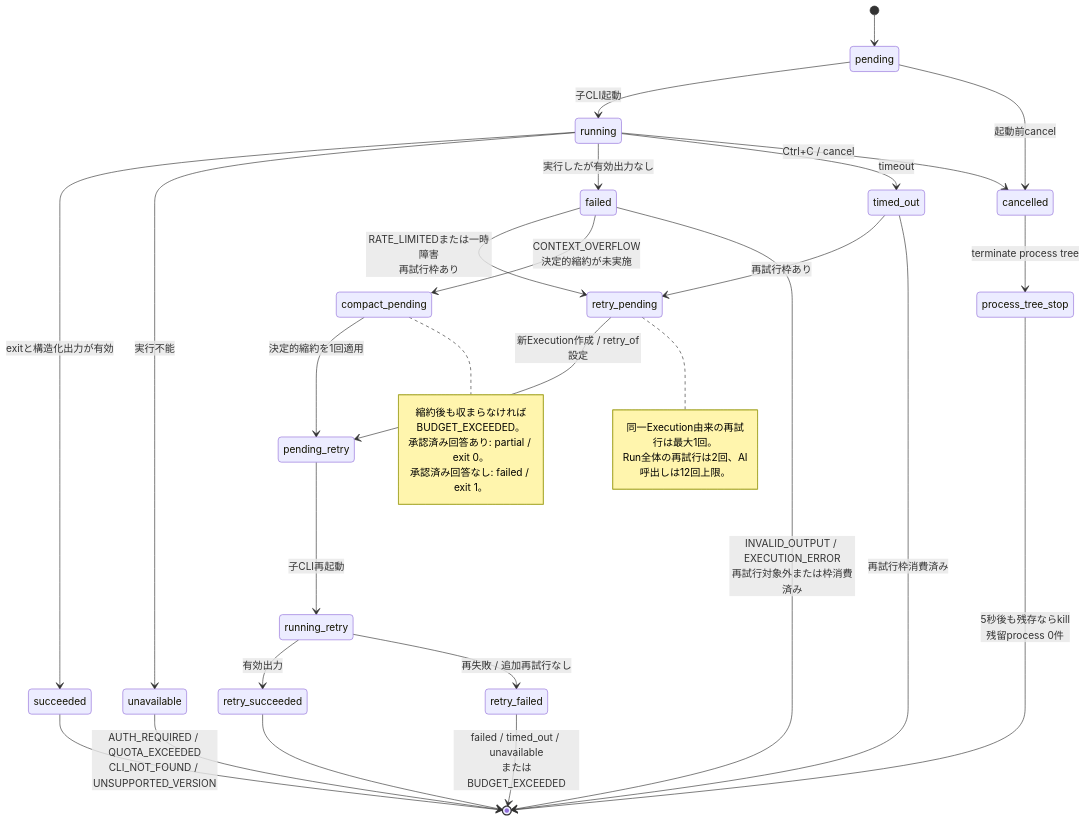
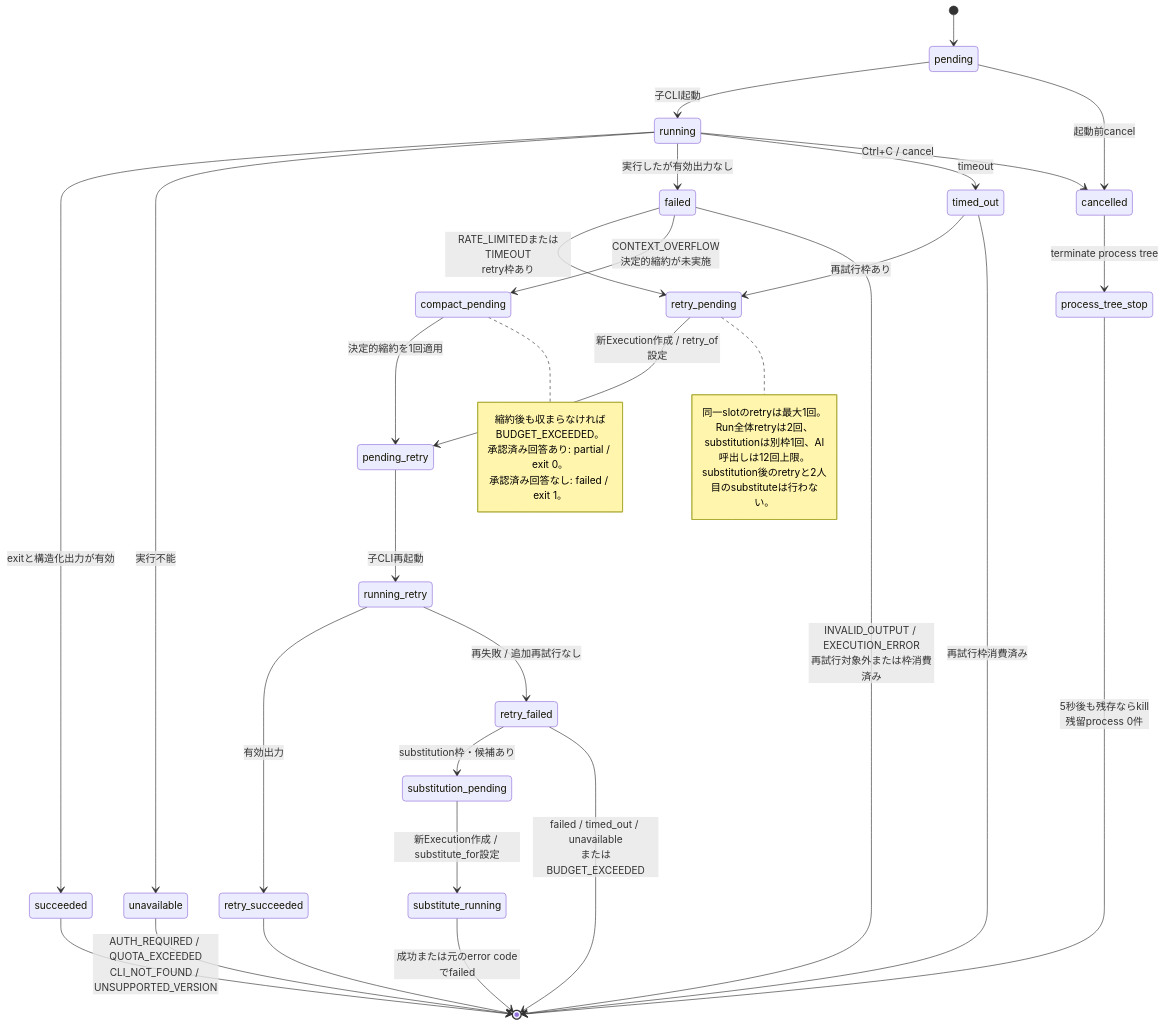
The third of 7 diagrams in STATE.md (garyohosu/OracleCouncil), drawn with Mermaid before and after one commit. The commit also changed other lines of this file and 8 other files, not shown here.

````diff
--- a/STATE.md
+++ b/STATE.md
@@ -110,39 +110,43 @@
 ```mermaid
 stateDiagram-v2
     [*] --> pending
     pending --> running: 子CLI起動
     pending --> cancelled: 起動前cancel
 
     running --> succeeded: exitと構造化出力が有効
     running --> unavailable: 実行不能
     running --> failed: 実行したが有効出力なし
     running --> timed_out: timeout
     running --> cancelled: Ctrl+C / cancel
 
     unavailable --> [*]: AUTH_REQUIRED / QUOTA_EXCEEDED<br/>CLI_NOT_FOUND / UNSUPPORTED_VERSION
-    failed --> retry_pending: RATE_LIMITEDまたは一時障害<br/>再試行枠あり
+    failed --> retry_pending: RATE_LIMITEDまたはTIMEOUT<br/>retry枠あり
     timed_out --> retry_pending: 再試行枠あり
     failed --> compact_pending: CONTEXT_OVERFLOW<br/>決定的縮約が未実施
     retry_pending --> pending_retry: 新Execution作成 / retry_of設定
     compact_pending --> pending_retry: 決定的縮約を1回適用
     pending_retry --> running_retry: 子CLI再起動
     running_retry --> retry_succeeded: 有効出力
     running_retry --> retry_failed: 再失敗 / 追加再試行なし
     retry_succeeded --> [*]
+    retry_failed --> substitution_pending: substitution枠・候補あり
     retry_failed --> [*]: failed / timed_out / unavailable<br/>またはBUDGET_EXCEEDED
+    substitution_pending --> substitute_running: 新Execution作成 / substitute_for設定
+    substitute_running --> [*]: 成功または元のerror codeでfailed
     succeeded --> [*]
     failed --> [*]: INVALID_OUTPUT / EXECUTION_ERROR<br/>再試行対象外または枠消費済み
     timed_out --> [*]: 再試行枠消費済み
     cancelled --> process_tree_stop: terminate process tree
     process_tree_stop --> [*]: 5秒後も残存ならkill<br/>残留process 0件
 
     note right of retry_pending
-      同一Execution由来の再試行は最大1回。
-      Run全体の再試行は2回、AI呼出しは12回上限。
+      同一slotのretryは最大1回。
+      Run全体retryは2回、substitutionは別枠1回、AI呼出しは12回上限。
+      substitution後のretryと2人目のsubstituteは行わない。
     end note
     note right of compact_pending
       縮約後も収まらなければBUDGET_EXCEEDED。
       承認済み回答あり: partial / exit 0。
       承認済み回答なし: failed / exit 1。
     end note
 ```
````
